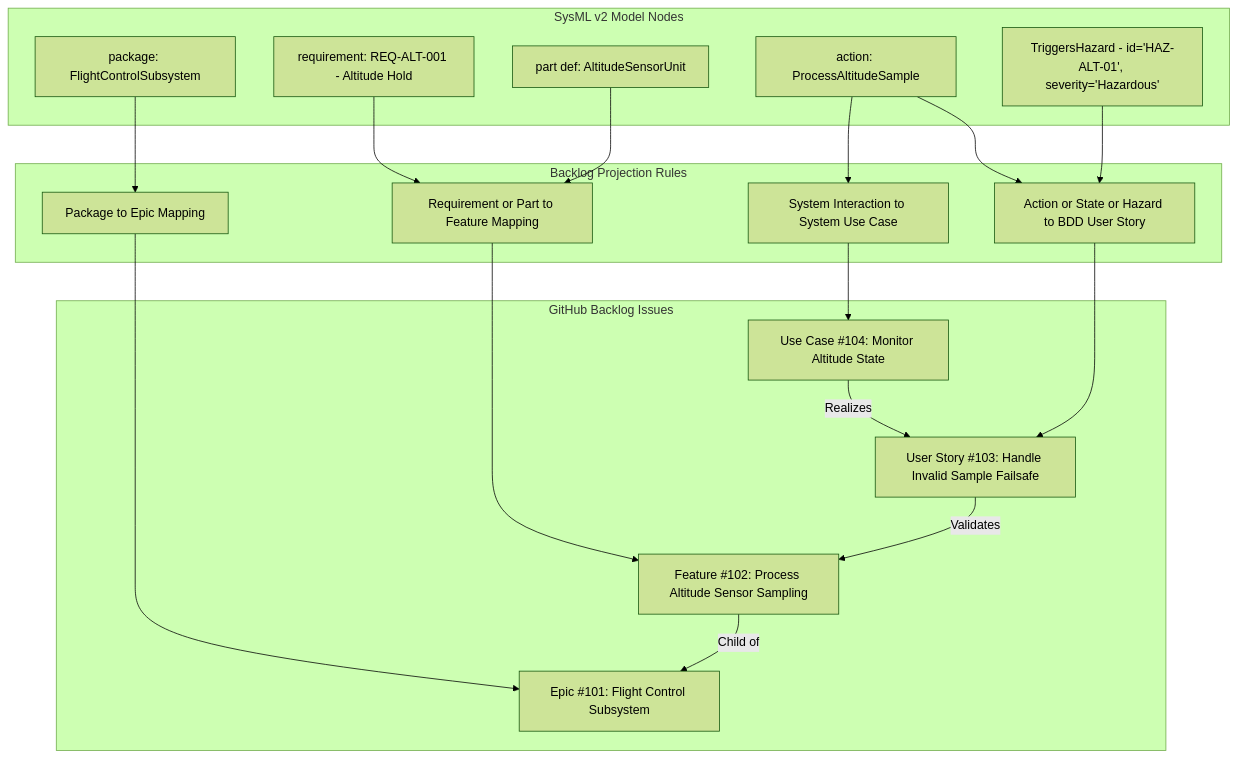
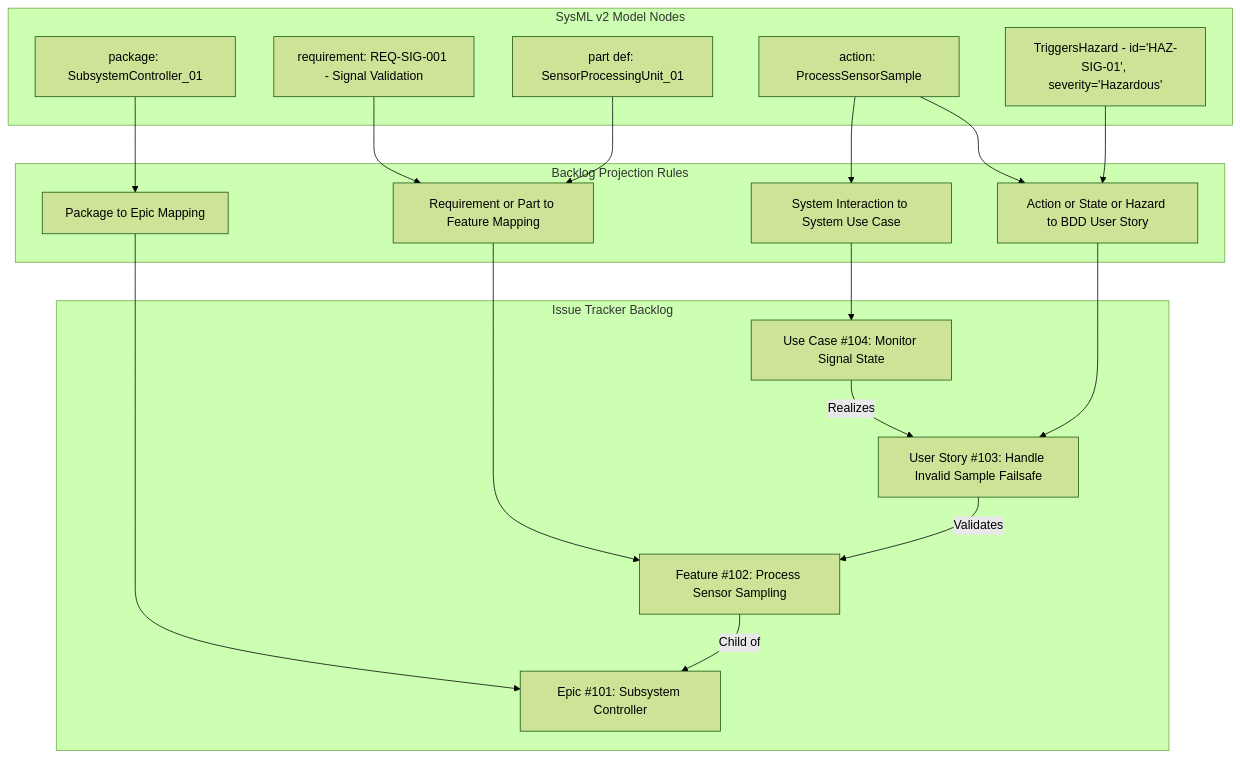
Before and after one commit to gintatkinson/DEAP01-spec-core: the fourth of 8 diagrams in docs/architecture/blueprints/DEAP_SYSML_V2_INGESTION_ENGINE_BLUEPRINT.md, drawn with Mermaid (forest theme). The commit also changed other lines of this file and 34 other files, not shown here.

Commit message:
docs(architecture): decontaminate reference blueprints and establish master execution plan (refs #405, refs #406)

````diff
--- a/docs/architecture/blueprints/DEAP_SYSML_V2_INGESTION_ENGINE_BLUEPRINT.md
+++ b/docs/architecture/blueprints/DEAP_SYSML_V2_INGESTION_ENGINE_BLUEPRINT.md
@@ -154,34 +304,34 @@
 ```mermaid
 flowchart TD
     subgraph "SysML v2 Model Nodes"
-        Pkg["package: FlightControlSubsystem"]
-        Req["requirement: REQ-ALT-001 - Altitude Hold"]
-        Part["part def: AltitudeSensorUnit"]
-        Act["action: ProcessAltitudeSample"]
-        Haz["TriggersHazard - id='HAZ-ALT-01', severity='Hazardous'"]
+        Pkg["package: SubsystemController_01"]
+        Req["requirement: REQ-SIG-001 - Signal Validation"]
+        Part["part def: SensorProcessingUnit_01"]
+        Act["action: ProcessSensorSample"]
+        Haz["TriggersHazard - id='HAZ-SIG-01', severity='Hazardous'"]
     end
 
     subgraph "Backlog Projection Rules"
         Rule_Epic["Package to Epic Mapping"]
         Rule_Feat["Requirement or Part to Feature Mapping"]
         Rule_Story["Action or State or Hazard to BDD User Story"]
         Rule_UC["System Interaction to System Use Case"]
     end
 
-    subgraph "GitHub Backlog Issues"
-        Epic_Issue["Epic #101: Flight Control Subsystem"]
-        Feat_Issue["Feature #102: Process Altitude Sensor Sampling"]
+    subgraph "Issue Tracker Backlog"
+        Epic_Issue["Epic #101: Subsystem Controller"]
+        Feat_Issue["Feature #102: Process Sensor Sampling"]
         Story_Issue["User Story #103: Handle Invalid Sample Failsafe"]
-        UC_Issue["Use Case #104: Monitor Altitude State"]
+        UC_Issue["Use Case #104: Monitor Signal State"]
     end
 
     Pkg --> Rule_Epic --> Epic_Issue
     Req --> Rule_Feat
     Part --> Rule_Feat --> Feat_Issue
     Act --> Rule_Story
     Haz --> Rule_Story --> Story_Issue
     Act --> Rule_UC --> UC_Issue
     Feat_Issue -->|Child of| Epic_Issue
     Story_Issue -->|Validates| Feat_Issue
     UC_Issue -->|Realizes| Story_Issue
 ```
````
